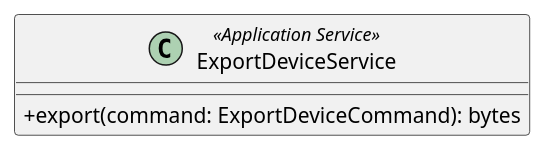
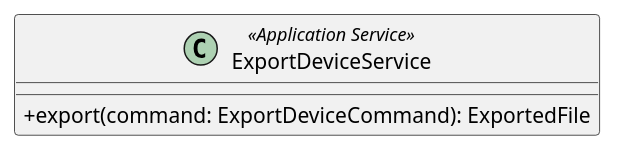
Before and after one commit to GroupRubberDuck/Documentazione: the diagram in src/PB/DocumentazioneEsterna/Specifica_Tecnica/content/uml/puml/Diagrammi_classi/Backend/ApplicationServices/ExportDeviceService.puml, drawn with PlantUML. The commit also changed 2 other files, not shown here.

Commit message:
Fix: aggiustamenti in diagramma ExportDevice

```diff
--- a/src/PB/DocumentazioneEsterna/Specifica_Tecnica/content/uml/puml/Diagrammi_classi/Backend/ApplicationServices/ExportDeviceService.puml
+++ b/src/PB/DocumentazioneEsterna/Specifica_Tecnica/content/uml/puml/Diagrammi_classi/Backend/ApplicationServices/ExportDeviceService.puml
@@ -1,8 +1,8 @@
 @startuml ExportDeviceService
 skinparam classAttributeIconSize 0
 
 class ExportDeviceService <<Application Service>> {
-    + export(command: ExportDeviceCommand): bytes
+    + export(command: ExportDeviceCommand): ExportedFile
 }
 
 @enduml
```
